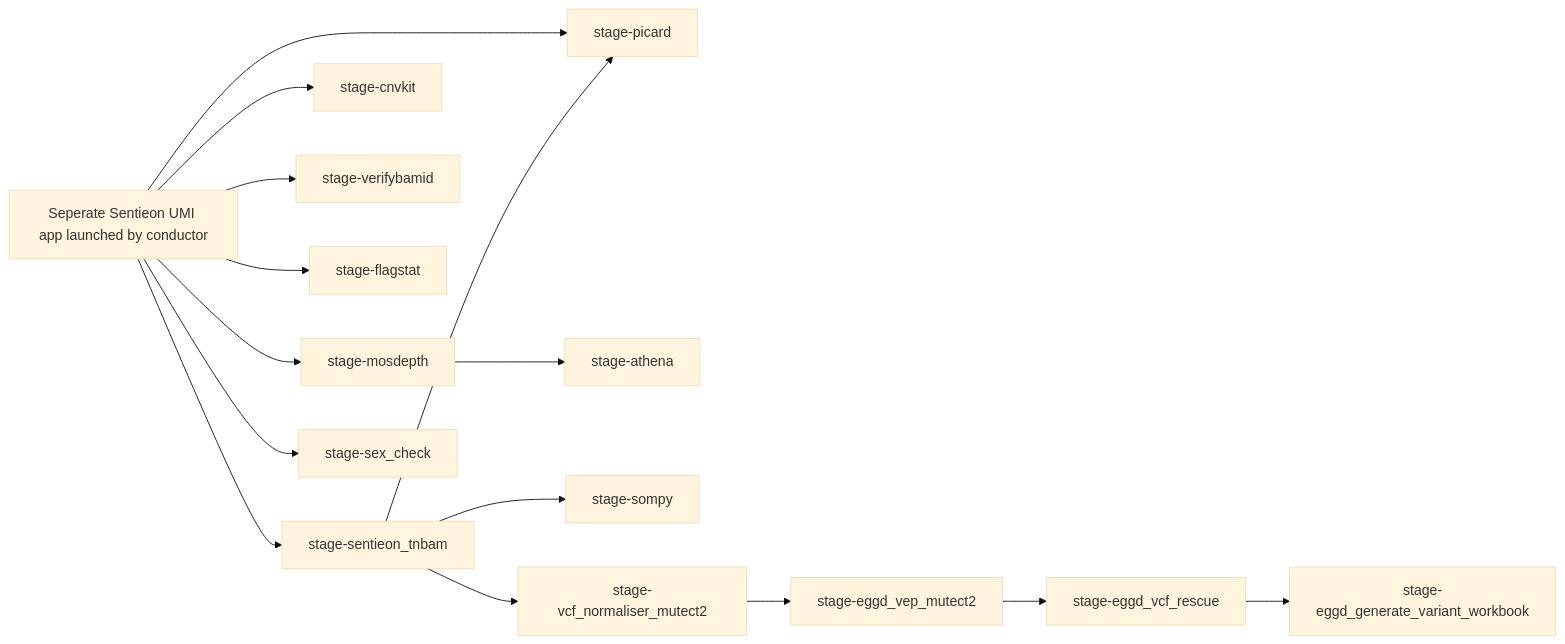
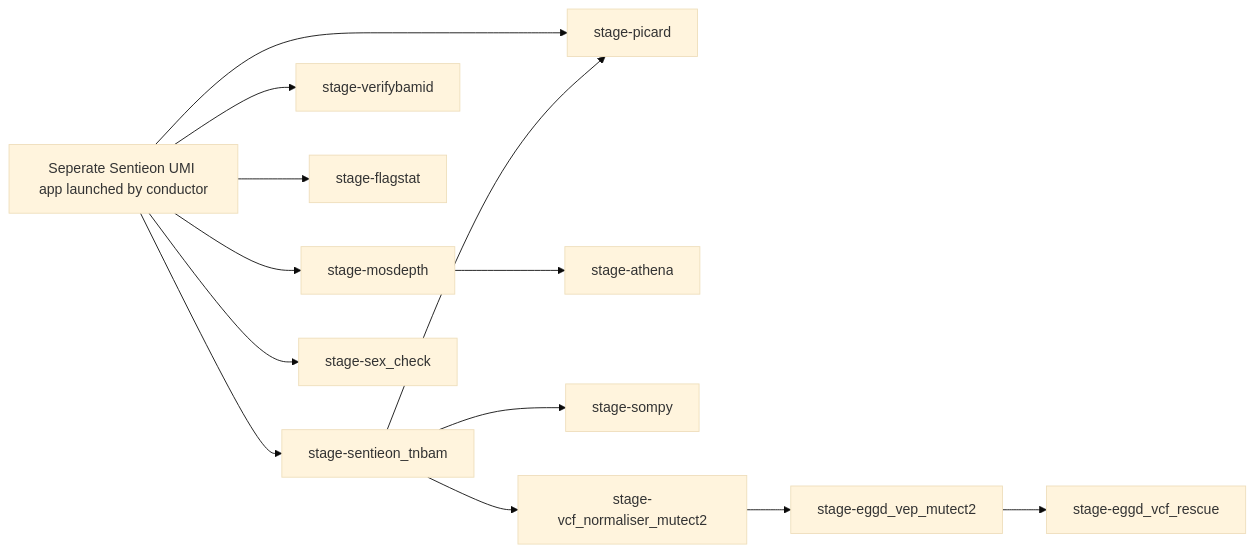
Before and after one commit to eastgenomics/eggd_atlas_main_workflow: the diagram in README.md, drawn with Mermaid (base theme). The commit also changed 1 other file, not shown here.

Commit message:
Removed duplicate mmd file as can't import into readme.md and corrected mmd in read me to only include the apps in the pipeline now.

````diff
--- a/README.md
+++ b/README.md
@@ -25,39 +25,33 @@
 ```mermaid
 graph LR
   S_UMI["Seperate Sentieon UMI app launched by conductor"]
   S_TNBAM["stage-sentieon_tnbam"]
-  CNV["stage-cnvkit"]
   VERIFY["stage-verifybamid"]
   PICARD["stage-picard"]
   FLAG["stage-flagstat"]
   MOS["stage-mosdepth"]
   ATH["stage-athena"]
   SEX["stage-sex_check"]
   SOMPY["stage-sompy"]
   VN_MUT["stage-vcf_normaliser_mutect2"]
   VEP_MUT["stage-eggd_vep_mutect2"]
   RESCUE["stage-eggd_vcf_rescue"]
-  GENWB["stage-eggd_generate_variant_workbook"]
 
   %% Primary data flow edges (from JSON links)
   S_UMI --> S_TNBAM
-  S_UMI --> CNV
   S_UMI --> VERIFY
   S_UMI --> PICARD
   S_TNBAM --> PICARD
   S_UMI --> FLAG
   S_UMI --> MOS
   MOS --> ATH
   S_UMI --> SEX
   S_TNBAM --> SOMPY
 
   %% VCF normalization / annotation flow
   S_TNBAM --> VN_MUT
   VN_MUT --> VEP_MUT
   VEP_MUT --> RESCUE
-  RESCUE --> GENWB
 
-  %% Independent/standalone nodes
-  CNV
 
 ```
````
